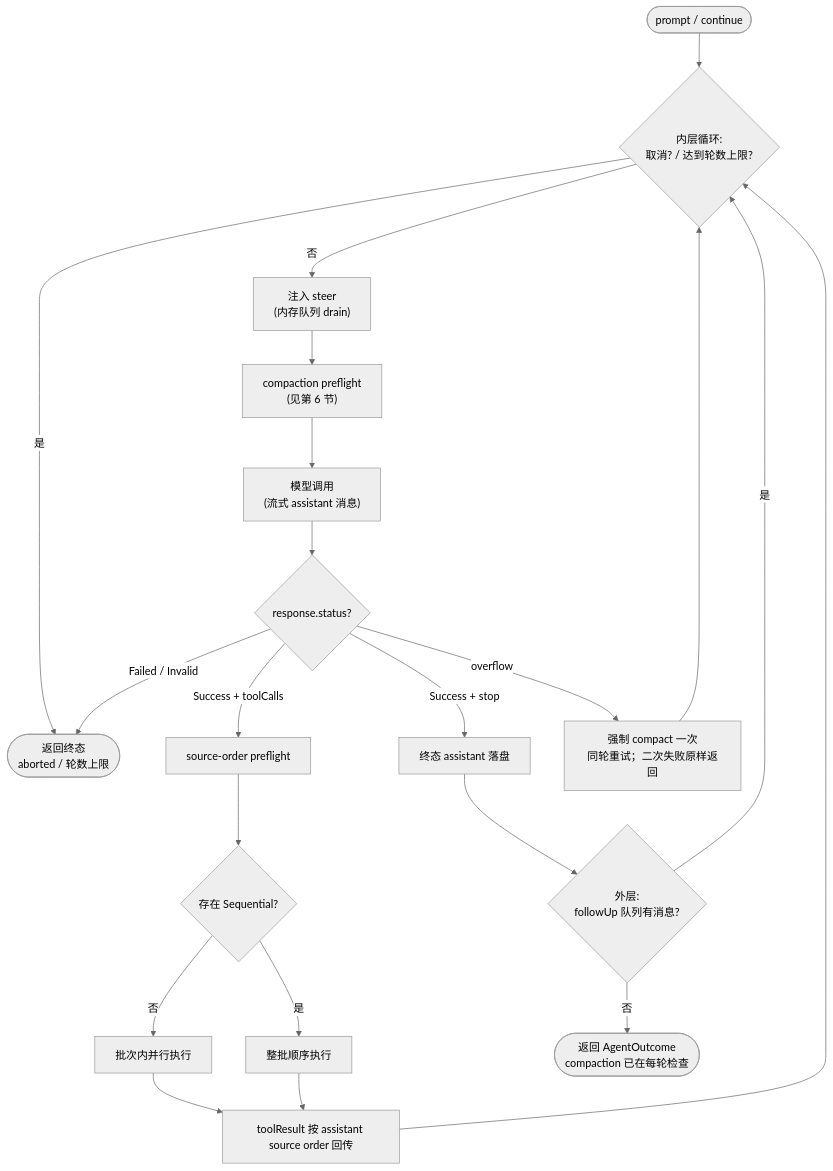
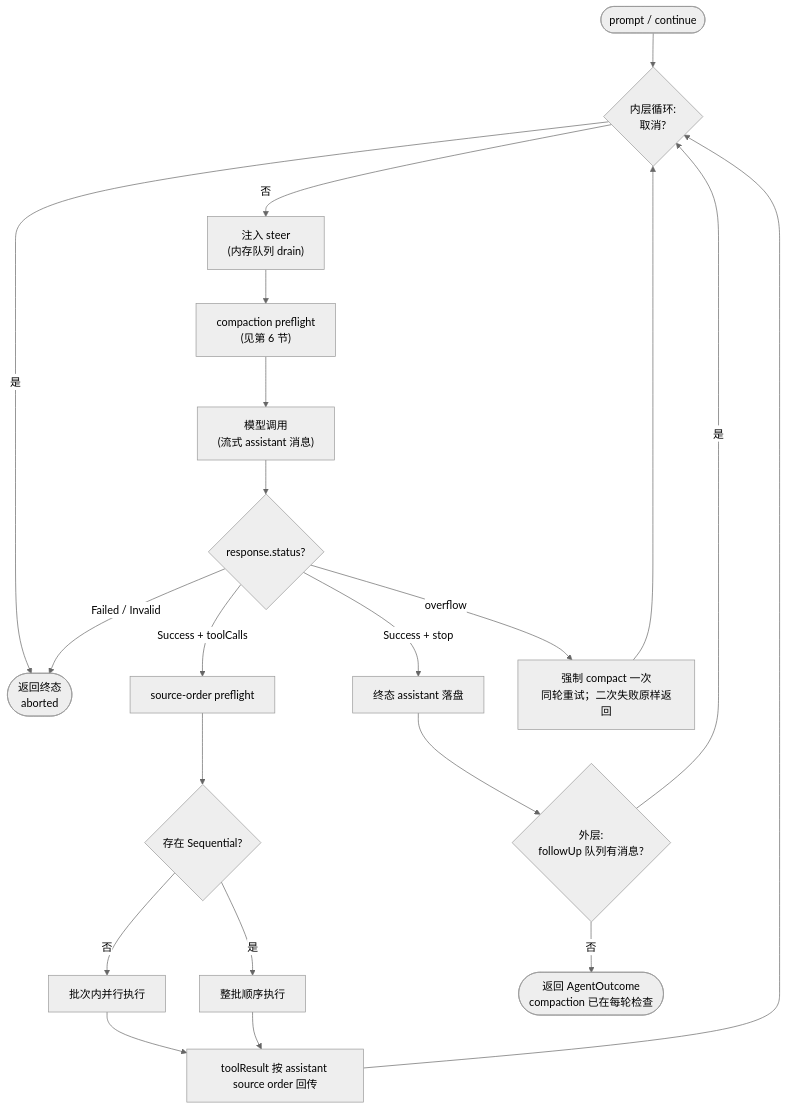
The third of 7 diagrams in docs/singularity.md (qjcnmd/singularity-agent), drawn with Mermaid (neutral theme) before and after one commit. The commit also changed other lines of this file and 68 other files, not shown here.

````diff
--- a/docs/singularity.md
+++ b/docs/singularity.md
@@ -97,23 +100,23 @@
 ```mermaid
 flowchart TD
-    A(["prompt / continue"]) --> B{"内层循环:<br/>取消? / 达到轮数上限?"}
-    B -- 是 --> Z(["返回终态<br/>aborted / 轮数上限"])
+    A(["prompt / continue"]) --> B{"内层循环:<br/>取消?"}
+    B -- 是 --> Z(["返回终态<br/>aborted"])
     B -- 否 --> C["注入 steer<br/>(内存队列 drain)"]
     C --> D["compaction preflight<br/>(见第 6 节)"]
     D --> E["模型调用<br/>(流式 assistant 消息)"]
     E --> F{"response.status?"}
     F -- "Success + toolCalls" --> G["source-order preflight"]
     G --> G2{"存在 Sequential?"}
     G2 -- 否 --> G3["批次内并行执行"]
     G2 -- 是 --> G4["整批顺序执行"]
     G3 --> H["toolResult 按 assistant source order 回传"]
     G4 --> H
     H --> B
     F -- "Success + stop" --> I["终态 assistant 落盘"]
     F -- "overflow" --> J["强制 compact 一次<br/>同轮重试；二次失败原样返回"]
     J --> B
     F -- "Failed / Invalid" --> Z
     I --> L{"外层:<br/>followUp 队列有消息?"}
     L -- 是 --> B
     L -- 否 --> M(["返回 AgentOutcome<br/>compaction 已在每轮检查"])
 ```
````
